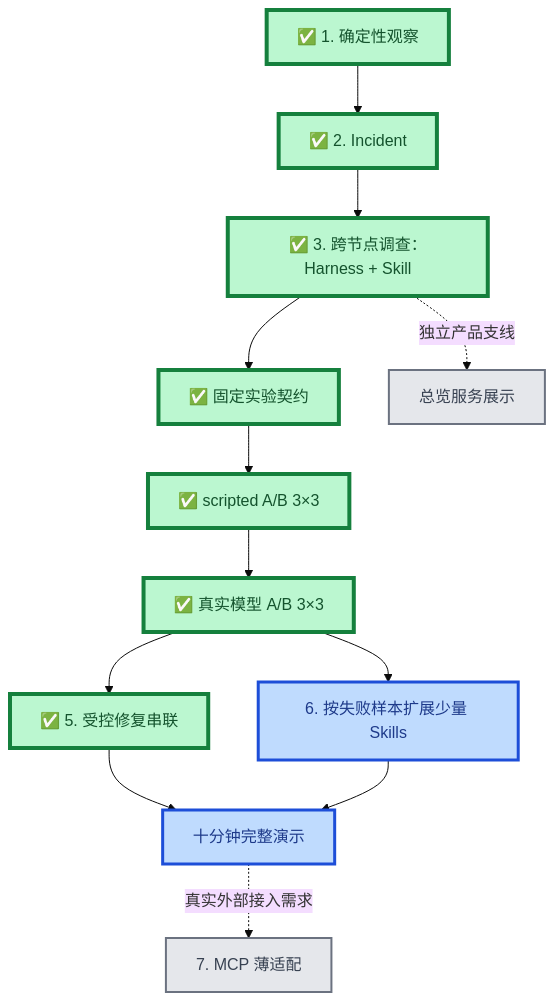
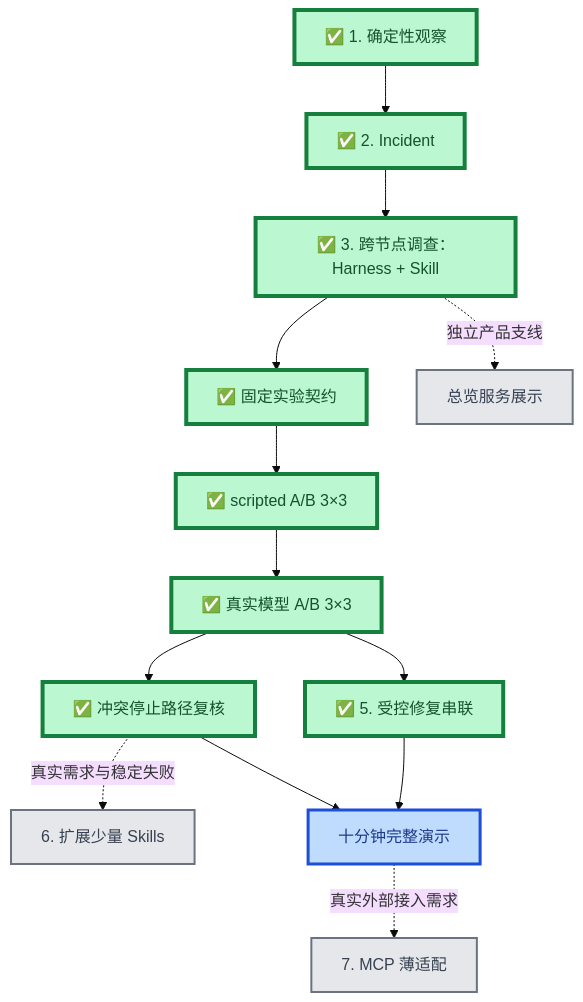
The first of 2 diagrams in docs/project/roadmap.md (Sugarfarmeriod/TunnelMinion), drawn with Mermaid (base theme) before and after one commit. The commit also changed other lines of this file and 1 other file, not shown here.

Commit message:
docs: record conflict stop assessment [skip ci] (#96)

````diff
--- a/docs/project/roadmap.md
+++ b/docs/project/roadmap.md
@@ -8,25 +8,26 @@
 ```mermaid
 flowchart TB
     A["✅ 1. 确定性观察"] --> B["✅ 2. Incident"]
     B --> C["✅ 3. 跨节点调查：Harness + Skill"]
 
     C --> D1["✅ 固定实验契约"]
     D1 --> D2["✅ scripted A/B 3×3"]
     D2 --> D3["✅ 真实模型 A/B 3×3"]
 
     D3 --> E["✅ 5. 受控修复串联"]
-    D3 --> F["6. 按失败样本扩展少量 Skills"]
+    D3 --> F["✅ 冲突停止路径复核"]
+    F -.真实需求与稳定失败.-> K["6. 扩展少量 Skills"]
     E --> H["十分钟完整演示"]
     F --> H
     H -.真实外部接入需求.-> G["7. MCP 薄适配"]
 
     C -.独立产品支线.-> U["总览服务展示"]
 
     classDef done fill:#bbf7d0,stroke:#15803d,stroke-width:4px,color:#14532d;
     classDef current fill:#fde68a,stroke:#b45309,stroke-width:5px,color:#78350f;
     classDef next fill:#bfdbfe,stroke:#1d4ed8,stroke-width:3px,color:#1e3a8a;
     classDef later fill:#e5e7eb,stroke:#6b7280,stroke-width:2px,color:#374151;
-    class A,B,C,D1,D2,D3,E done;
-    class F,H next;
-    class G,U later;
+    class A,B,C,D1,D2,D3,E,F done;
+    class H next;
+    class G,U,K later;
 ```
````
